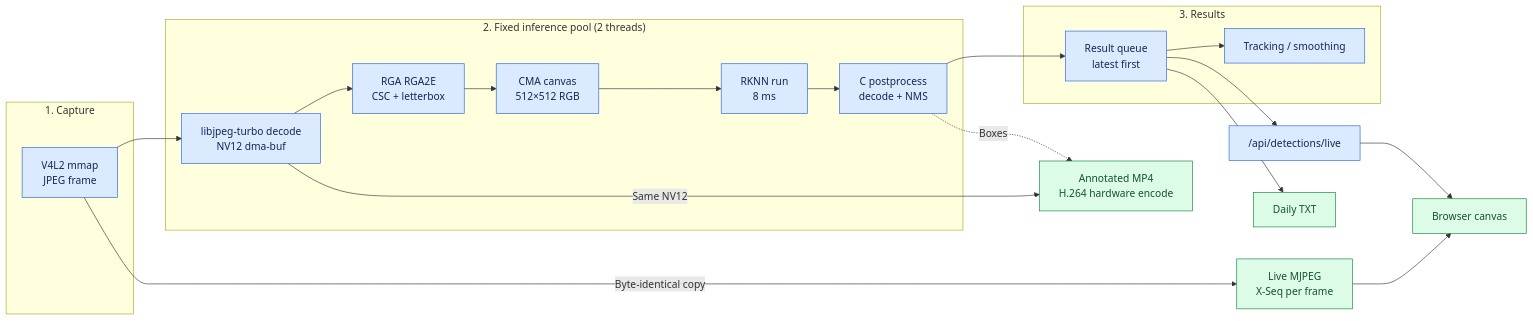
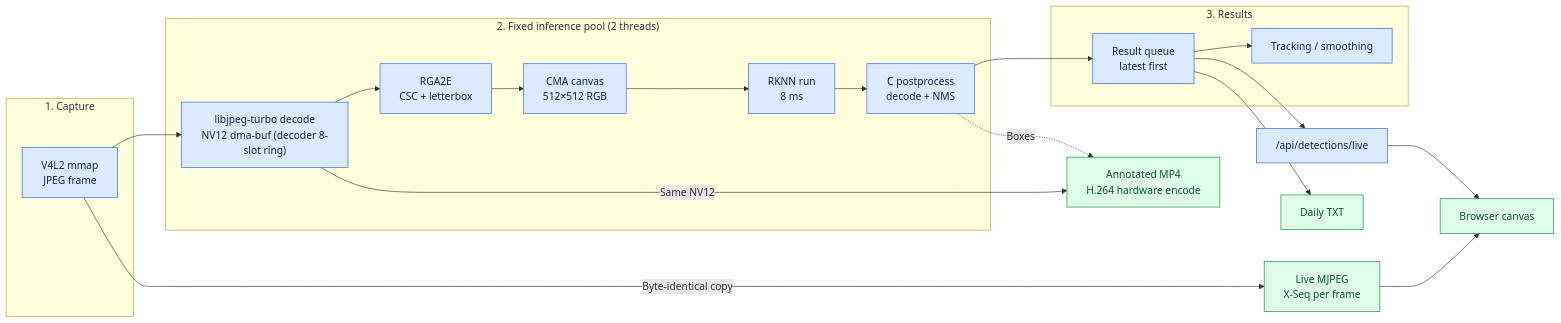
One commit to qianruo-orange/autonomous-driving-car changed the fifth of 6 diagrams in README.md. Above: the diagram before and after it, drawn with Mermaid. The commit also changed other lines of this file and 2 other files, not shown here.

````diff
--- a/README.md
+++ b/README.md
@@ -444,28 +455,28 @@
 ```mermaid
 flowchart LR
     subgraph Capture["1. Capture"]
         Raw["V4L2 mmap<br/>JPEG frame"]
     end
     subgraph Infer["2. Fixed inference pool (2 threads)"]
-        Nv12["libjpeg-turbo decode<br/>NV12 dma-buf"] --> Rga["RGA RGA2E<br/>CSC + letterbox"]
+        Nv12["libjpeg-turbo decode<br/>NV12 dma-buf (decoder 8-slot ring)"] --> Rga["RGA2E<br/>CSC + letterbox"]
         Rga --> Canvas["CMA canvas<br/>512×512 RGB"]
         Canvas --> Npu["RKNN run<br/>8 ms"]
         Npu --> Post["C postprocess<br/>decode + NMS"]
     end
     subgraph Render["3. Results"]
         Latest["Result queue<br/>latest first"] --> Track["Tracking / smoothing"]
     end
     Raw --> Nv12
     Post --> Latest
     Raw -->|Byte-identical copy| Live["Live MJPEG<br/>X-Seq per frame"]
     Nv12 -->|Same NV12| Annot["Annotated MP4<br/>H.264 hardware encode"]
     Post -.->|Boxes| Annot
     Latest --> Api["/api/detections/live"]
     Api --> Browser["Browser canvas"]
     Live --> Browser
     Latest --> Reports["Daily TXT"]
     classDef process fill:#dbeafe,stroke:#2563eb,color:#172554
     classDef output fill:#dcfce7,stroke:#15803d,color:#14532d
     class Raw,Nv12,Rga,Canvas,Npu,Post,Latest,Track,Api process
     class Live,Annot,Browser,Reports output
 ```
````
